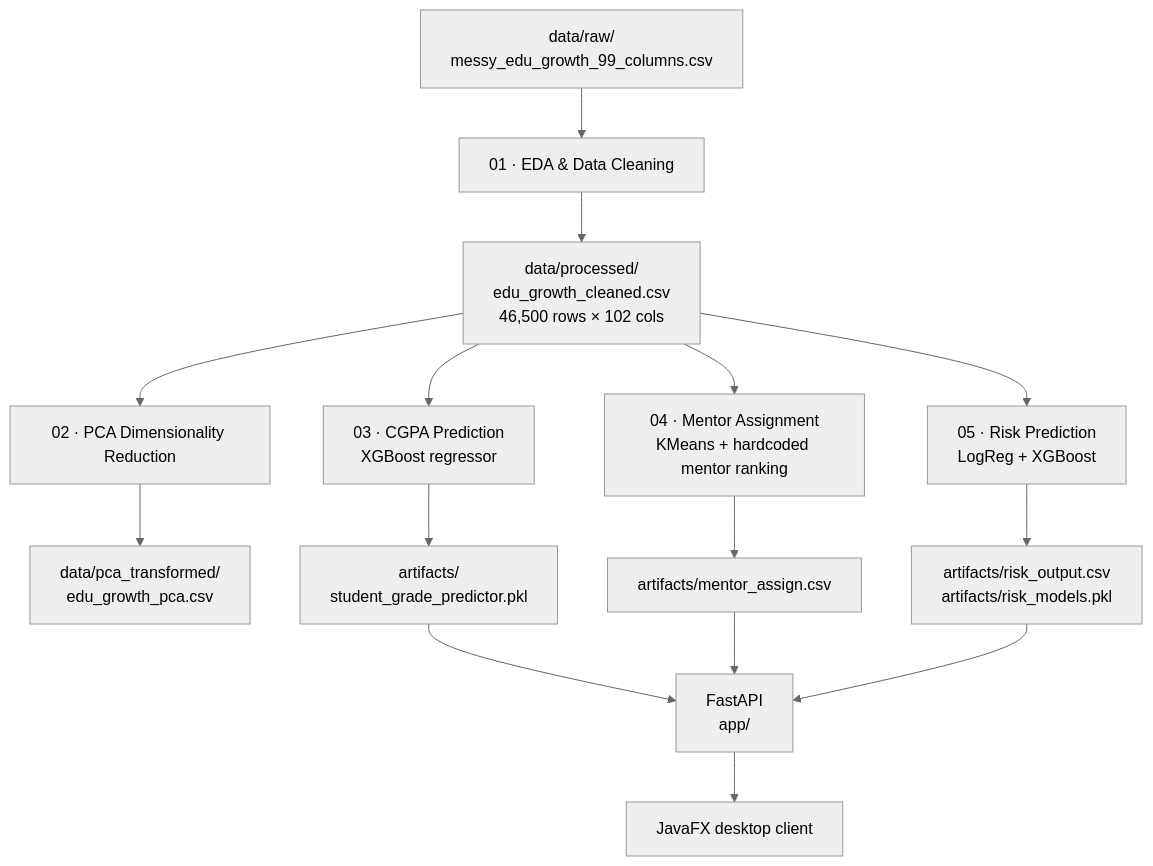
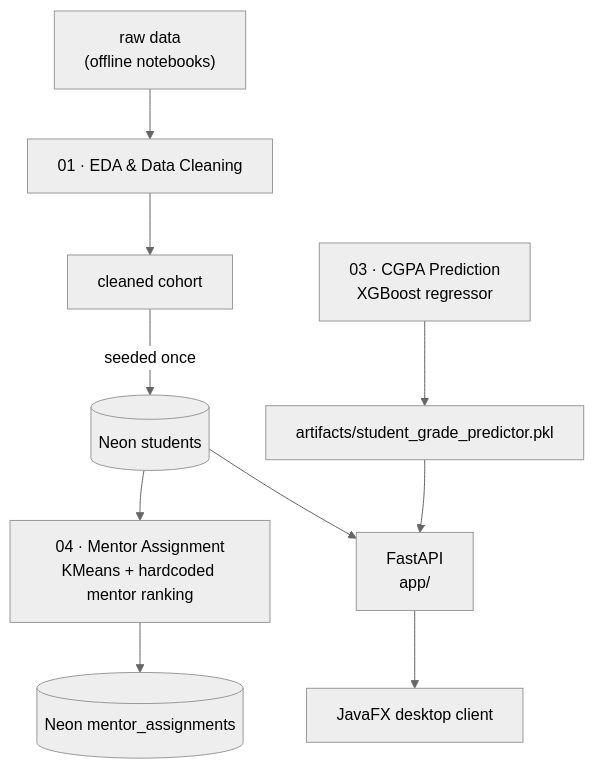
Before and after one commit to cybodexx/edu-growth: the first of 6 diagrams in README.md, drawn with Mermaid (neutral theme). The commit also changed other lines of this file and 19 other files, not shown here.

````diff
--- a/README.md
+++ b/README.md
@@ -32,22 +32,15 @@
 ```mermaid
 flowchart TD
-    RAW["data/raw/<br/>messy_edu_growth_99_columns.csv"] --> NB1["01 · EDA &amp; Data Cleaning"]
-    NB1 --> PROC["data/processed/<br/>edu_growth_cleaned.csv<br/>46,500 rows × 102 cols"]
+    RAW["raw data<br/>(offline notebooks)"] --> NB1["01 · EDA &amp; Data Cleaning"]
+    NB1 --> PROC["cleaned cohort"]
+    PROC -->|"seeded once"| DB[("Neon students")]
 
-    PROC --> NB2["02 · PCA Dimensionality Reduction"]
-    NB2 --> PCA["data/pca_transformed/<br/>edu_growth_pca.csv"]
+    NB3["03 · CGPA Prediction<br/>XGBoost regressor"] --> M3["artifacts/student_grade_predictor.pkl"]
 
-    PROC --> NB3["03 · CGPA Prediction<br/>XGBoost regressor"]
-    NB3 --> M3["artifacts/<br/>student_grade_predictor.pkl"]
+    DB --> NB4["04 · Mentor Assignment<br/>KMeans + hardcoded mentor ranking"]
+    NB4 --> MA[("Neon mentor_assignments")]
 
-    PROC --> NB4["04 · Mentor Assignment<br/>KMeans + hardcoded mentor ranking"]
-    NB4 --> M4["artifacts/mentor_assign.csv"]
-
-    PROC --> NB5["05 · Risk Prediction<br/>LogReg + XGBoost"]
-    NB5 --> M5["artifacts/risk_output.csv<br/>artifacts/risk_models.pkl"]
-
-    M3 --> API["FastAPI<br/>app/"]
-    M4 --> API
-    M5 --> API
+    DB --> API["FastAPI<br/>app/"]
+    M3 --> API
     API --> UI["JavaFX desktop client"]
 ```
````
